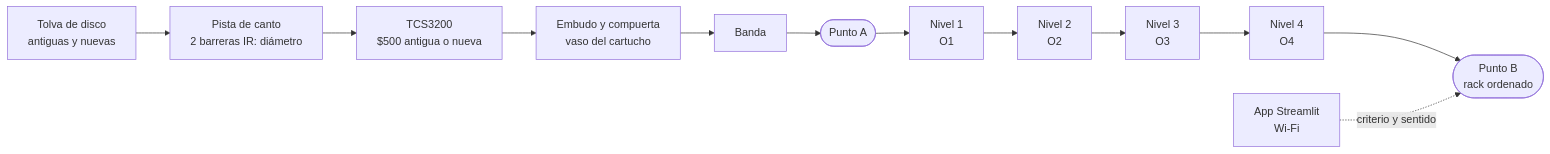
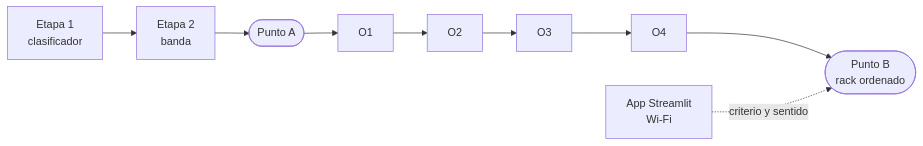
One commit to Johan-C777/coin-sorting-robot-pybullet changed the fourth of 5 diagrams in README.md. Above: the diagram before and after it, drawn with Mermaid. The commit also changed other lines of this file and 6 other files, not shown here.

First line of the commit message:
Clasificador: README maestro del módulo, TODO.md con fases y calibración, CHANGELOG 0.8.0 y ESTADO

````diff
--- a/README.md
+++ b/README.md
@@ -51,11 +355,8 @@
 ```mermaid
 flowchart LR
-    T["Tolva de disco<br/>antiguas y nuevas"] --> R["Pista de canto<br/>2 barreras IR: diámetro"]
-    R --> IR["TCS3200<br/>$500 antigua o nueva"]
-    IR --> C["Embudo y compuerta<br/>vaso del cartucho"]
-    C --> B["Banda"]
+    C["Etapa 1<br/>clasificador"] --> B["Etapa 2<br/>banda"]
     B --> A(["Punto A"])
-    A --> O1["Nivel 1<br/>O1"] --> O2["Nivel 2<br/>O2"] --> O3["Nivel 3<br/>O3"] --> O4["Nivel 4<br/>O4"]
+    A --> O1["O1"] --> O2["O2"] --> O3["O3"] --> O4["O4"]
     O4 --> Bp(["Punto B<br/>rack ordenado"])
     APP["App Streamlit<br/>Wi-Fi"] -. "criterio y sentido" .-> Bp
 ```
````
